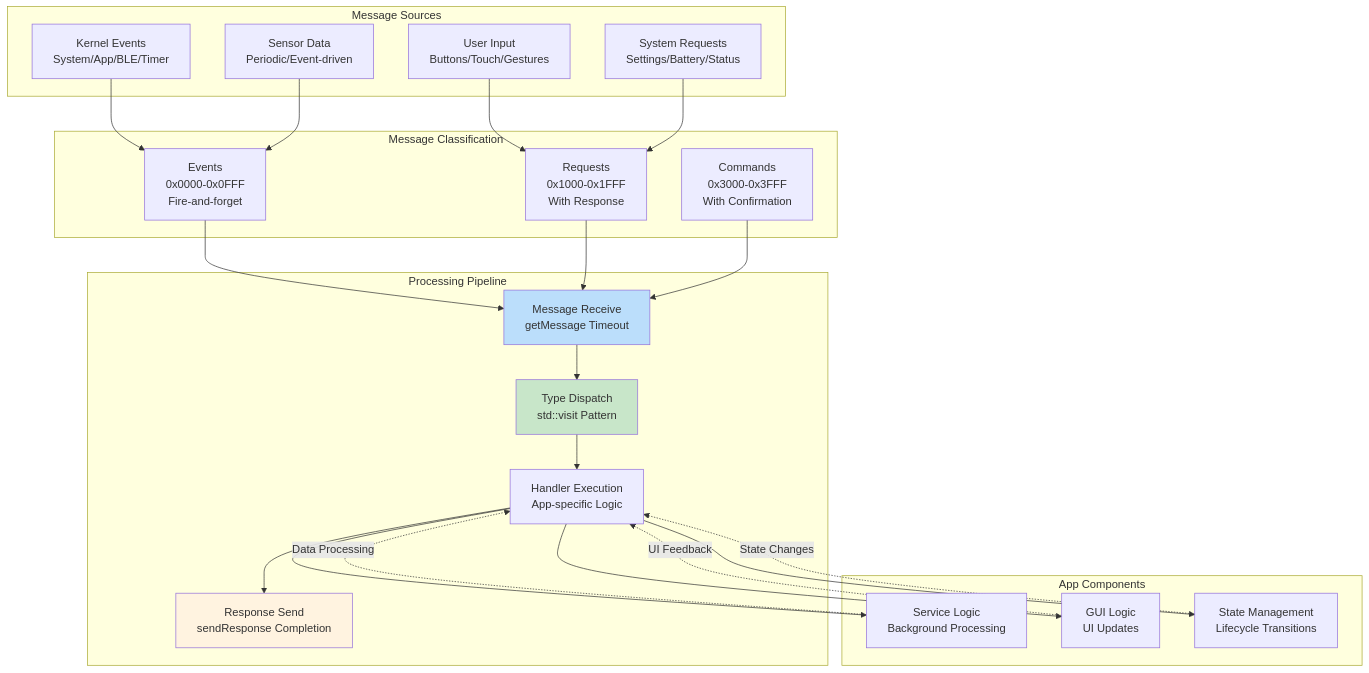
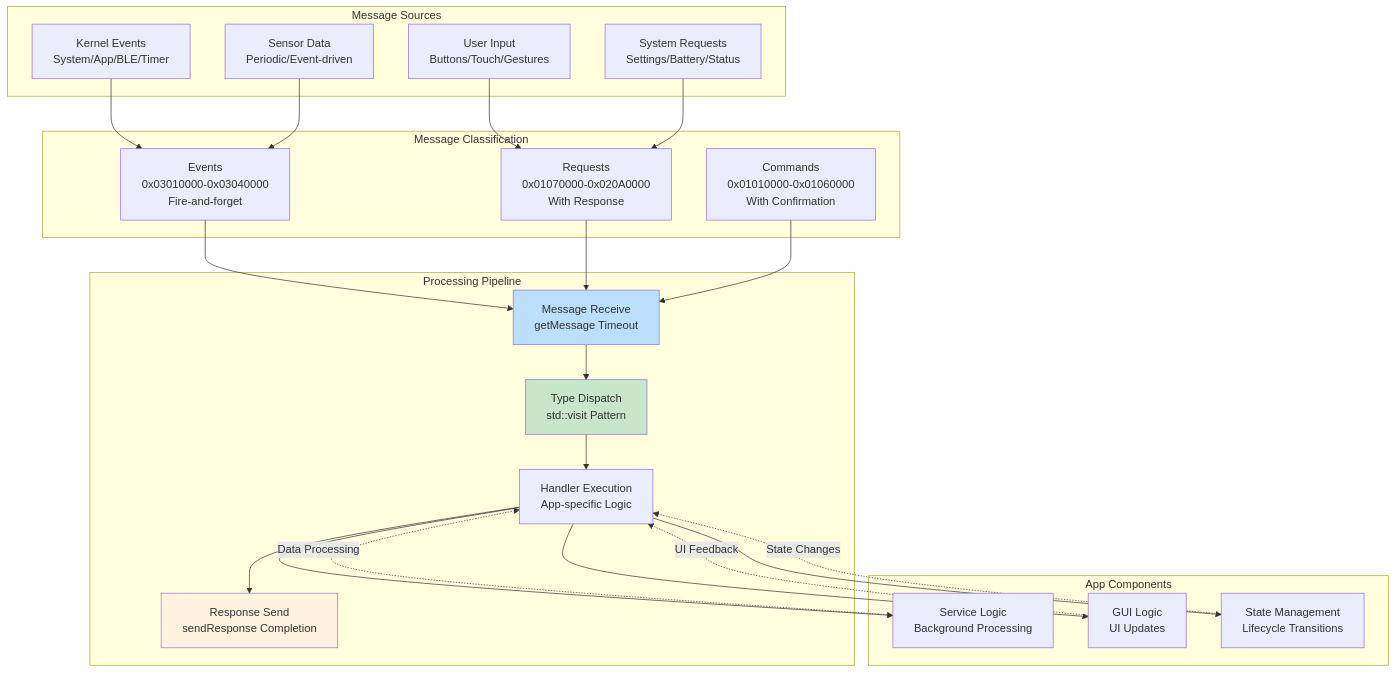
Before and after one commit to UNAWatch/una-sdk: the third of 7 diagrams in docs/development-workflow.md, drawn with Mermaid. The commit also changed other lines of this file and 3 other files, not shown here.

````diff
--- a/docs/development-workflow.md
+++ b/docs/development-workflow.md
@@ -180,53 +180,53 @@
 ```mermaid
 graph TD
     subgraph "Message Sources"
         KERNEL_EVENTS[Kernel Events<br/>System/App/BLE/Timer]
         USER_INPUT[User Input<br/>Buttons/Touch/Gestures]
         SENSOR_DATA[Sensor Data<br/>Periodic/Event-driven]
         SYSTEM_REQUESTS[System Requests<br/>Settings/Battery/Status]
     end
 
     subgraph "Message Classification"
-        EVENTS[Events<br/>0x0000-0x0FFF<br/>Fire-and-forget]
-        REQUESTS[Requests<br/>0x1000-0x1FFF<br/>With Response]
-        COMMANDS[Commands<br/>0x3000-0x3FFF<br/>With Confirmation]
+        EVENTS[Events<br/>0x03010000-0x03040000<br/>Fire-and-forget]
+        REQUESTS[Requests<br/>0x01070000-0x020A0000<br/>With Response]
+        COMMANDS[Commands<br/>0x01010000-0x01060000<br/>With Confirmation]
     end
 
     subgraph "Processing Pipeline"
         MSG_RECEIVE[Message Receive<br/>getMessage Timeout]
         TYPE_DISPATCH[Type Dispatch<br/>std::visit Pattern]
         HANDLER_EXEC[Handler Execution<br/>App-specific Logic]
         RESPONSE_SEND[Response Send<br/>sendResponse Completion]
     end
 
     subgraph "App Components"
         SERVICE_LOGIC[Service Logic<br/>Background Processing]
         GUI_LOGIC[GUI Logic<br/>UI Updates]
         STATE_MGMT[State Management<br/>Lifecycle Transitions]
     end
 
     KERNEL_EVENTS --> EVENTS
     USER_INPUT --> REQUESTS
     SENSOR_DATA --> EVENTS
     SYSTEM_REQUESTS --> REQUESTS
 
     EVENTS --> MSG_RECEIVE
     REQUESTS --> MSG_RECEIVE
     COMMANDS --> MSG_RECEIVE
 
     MSG_RECEIVE --> TYPE_DISPATCH
     TYPE_DISPATCH --> HANDLER_EXEC
     HANDLER_EXEC --> RESPONSE_SEND
 
     HANDLER_EXEC --> SERVICE_LOGIC
     HANDLER_EXEC --> GUI_LOGIC
     HANDLER_EXEC --> STATE_MGMT
 
     SERVICE_LOGIC -.->|Data Processing| HANDLER_EXEC
     GUI_LOGIC -.->|UI Feedback| HANDLER_EXEC
     STATE_MGMT -.->|State Changes| HANDLER_EXEC
 
     style MSG_RECEIVE fill:#bbdefb
     style TYPE_DISPATCH fill:#c8e6c9
     style RESPONSE_SEND fill:#fff3e0
 ```
````
